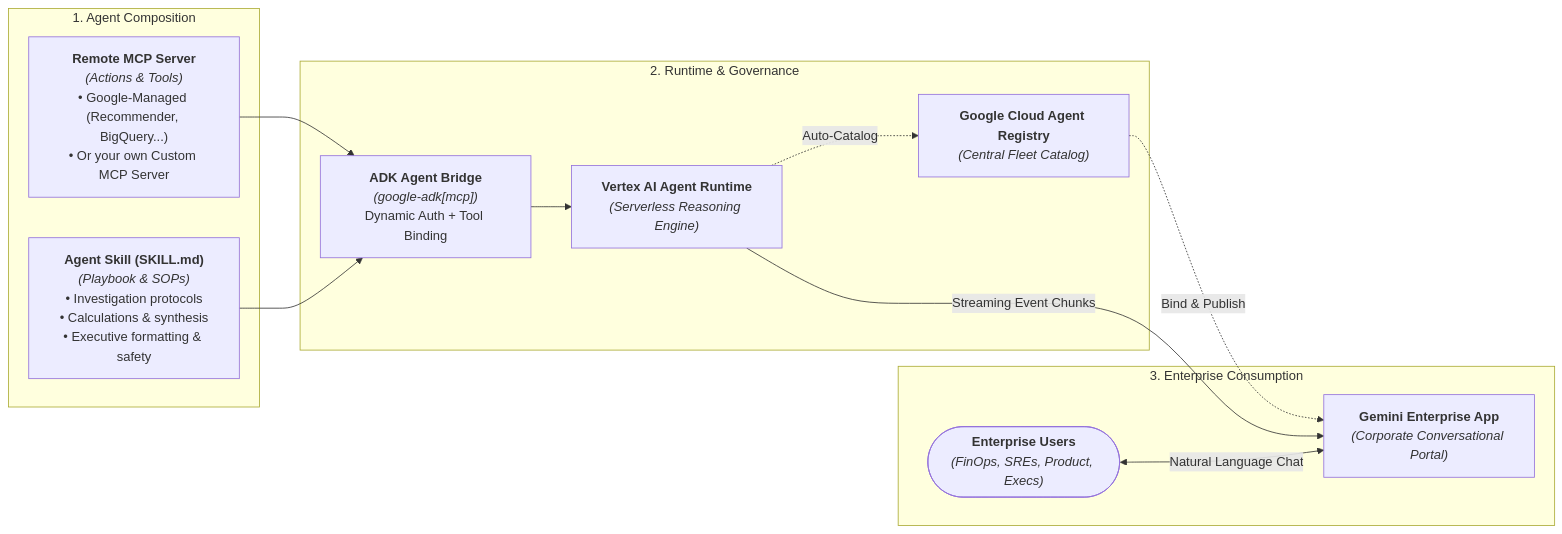
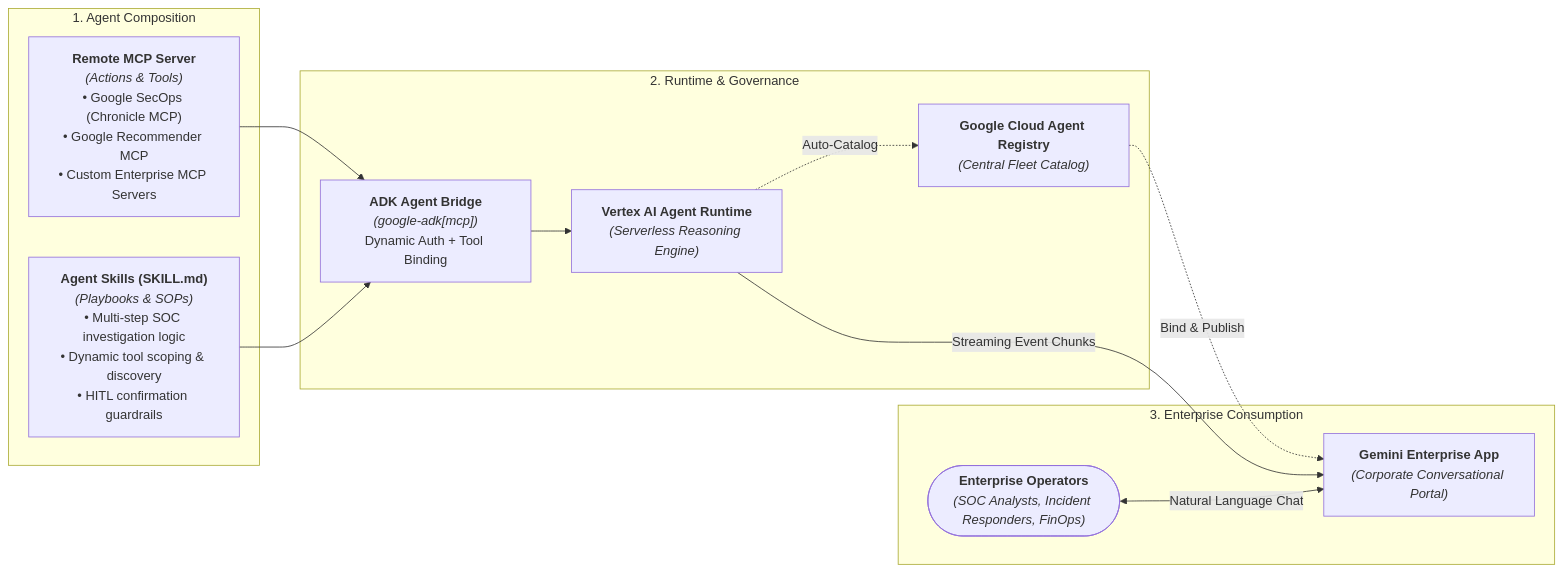
The diagram in README.md (dandye/google-cloud-mcp-bridge), drawn with Mermaid before and after one commit. The commit also changed other lines of this file and 3 other files, not shown here.

Commit message:
docs: update documentation and README for SecOps skills, architecture, and CLI workflows

````diff
--- a/README.md
+++ b/README.md
@@ -15,26 +15,26 @@
 ```mermaid
 flowchart LR
     subgraph Inputs ["1. Agent Composition"]
-        MCP["<b>Remote MCP Server</b><br/><i>(Actions & Tools)</i><br/>• Google-Managed (Recommender, BigQuery...)<br/>• Or your own Custom MCP Server"]
-        Skill["<b>Agent Skill (SKILL.md)</b><br/><i>(Playbook & SOPs)</i><br/>• Investigation protocols<br/>• Calculations & synthesis<br/>• Executive formatting & safety"]
+        MCP["<b>Remote MCP Server</b><br/><i>(Actions & Tools)</i><br/>• Google SecOps (Chronicle MCP)<br/>• Google Recommender MCP<br/>• Custom Enterprise MCP Servers"]
+        Skill["<b>Agent Skills (SKILL.md)</b><br/><i>(Playbooks & SOPs)</i><br/>• Multi-step SOC investigation logic<br/>• Dynamic tool scoping & discovery<br/>• HITL confirmation guardrails"]
     end
 
     subgraph Runtime ["2. Runtime & Governance"]
         ADK["<b>ADK Agent Bridge</b><br/><i>(google-adk[mcp])</i><br/>Dynamic Auth + Tool Binding"]
         VAI["<b>Vertex AI Agent Runtime</b><br/><i>(Serverless Reasoning Engine)</i>"]
         Registry["<b>Google Cloud Agent Registry</b><br/><i>(Central Fleet Catalog)</i>"]
     end
 
     subgraph Experience ["3. Enterprise Consumption"]
         GE["<b>Gemini Enterprise App</b><br/><i>(Corporate Conversational Portal)</i>"]
-        User(["<b>Enterprise Users</b><br/><i>(FinOps, SREs, Product, Execs)</i>"])
+        User(["<b>Enterprise Operators</b><br/><i>(SOC Analysts, Incident Responders, FinOps)</i>"])
     end
 
     MCP --> ADK
     Skill --> ADK
     ADK --> VAI
     VAI -.->|Auto-Catalog| Registry
     Registry -.->|Bind & Publish| GE
     VAI -->|Streaming Event Chunks| GE
     User <-->|Natural Language Chat| GE
 ```
````
